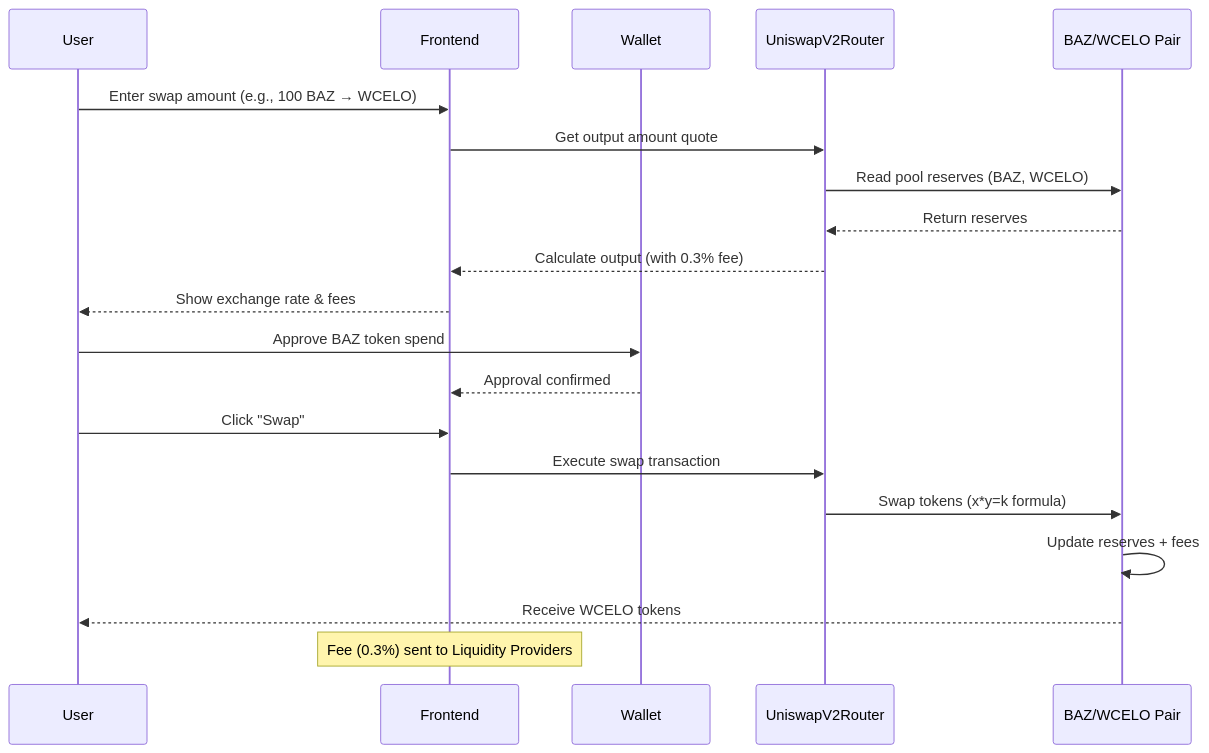
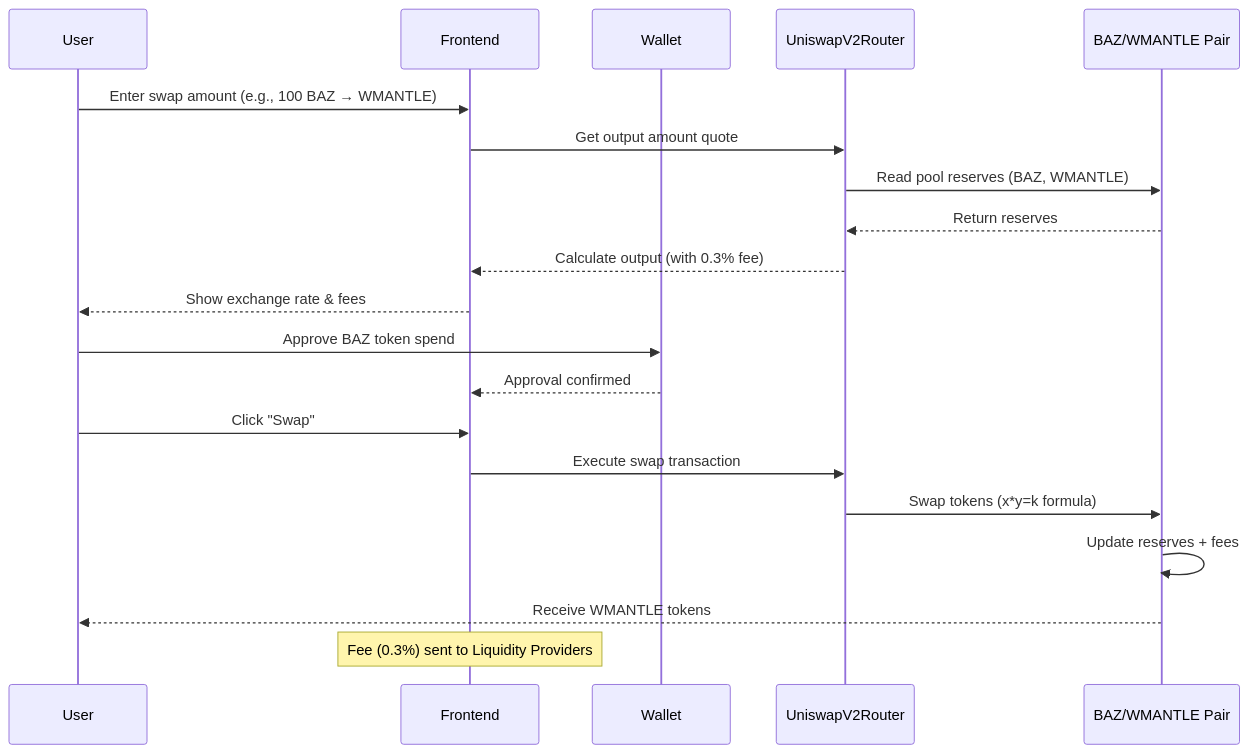
One commit to prithwish122/Bazigr-mantle changed the second of 6 diagrams in README.md. Above: the diagram before and after it, drawn with Mermaid. The commit also changed other lines of this file and 2 other files, not shown here.

````diff
--- a/README.md
+++ b/README.md
@@ -83,26 +83,26 @@
 ```mermaid
 sequenceDiagram
     participant User
     participant Frontend
     participant Wallet
     participant Router as UniswapV2Router
-    participant Pair as BAZ/WCELO Pair
+    participant Pair as BAZ/WMANTLE Pair
 
-    User->>Frontend: Enter swap amount (e.g., 100 BAZ → WCELO)
+    User->>Frontend: Enter swap amount (e.g., 100 BAZ → WMANTLE)
     Frontend->>Router: Get output amount quote
-    Router->>Pair: Read pool reserves (BAZ, WCELO)
+    Router->>Pair: Read pool reserves (BAZ, WMANTLE)
     Pair-->>Router: Return reserves
     Router-->>Frontend: Calculate output (with 0.3% fee)
     Frontend-->>User: Show exchange rate & fees
     
     User->>Wallet: Approve BAZ token spend
     Wallet-->>Frontend: Approval confirmed
     
     User->>Frontend: Click "Swap"
     Frontend->>Router: Execute swap transaction
     Router->>Pair: Swap tokens (x*y=k formula)
     Pair->>Pair: Update reserves + fees
-    Pair-->>User: Receive WCELO tokens
+    Pair-->>User: Receive WMANTLE tokens
 
     Note over Frontend: Fee (0.3%) sent to Liquidity Providers
 ```
````
